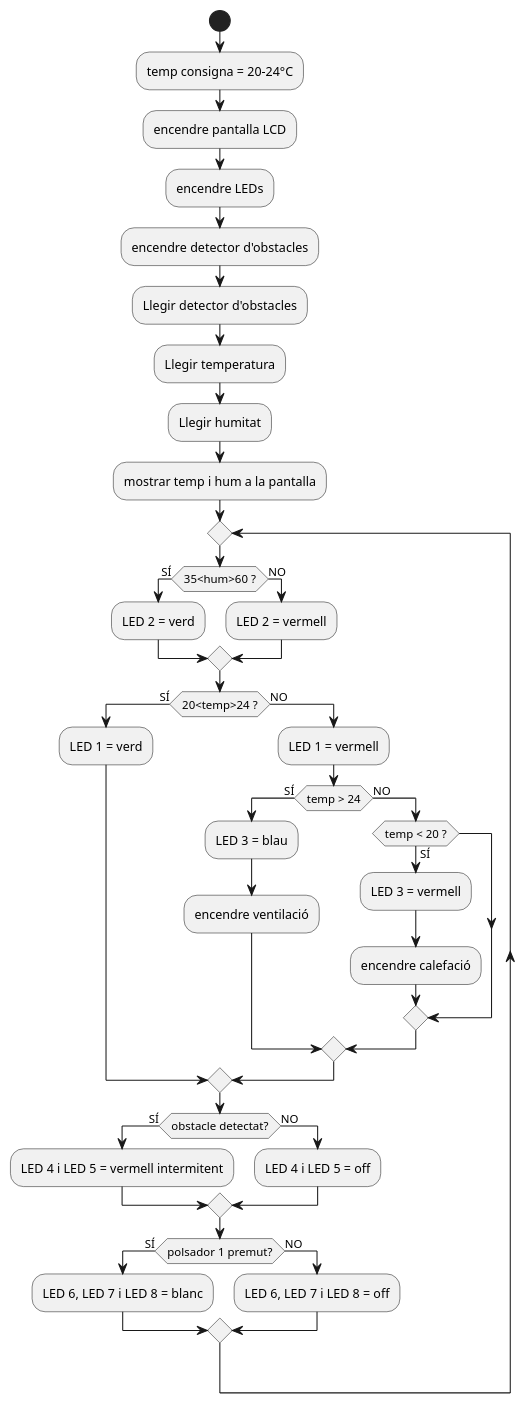
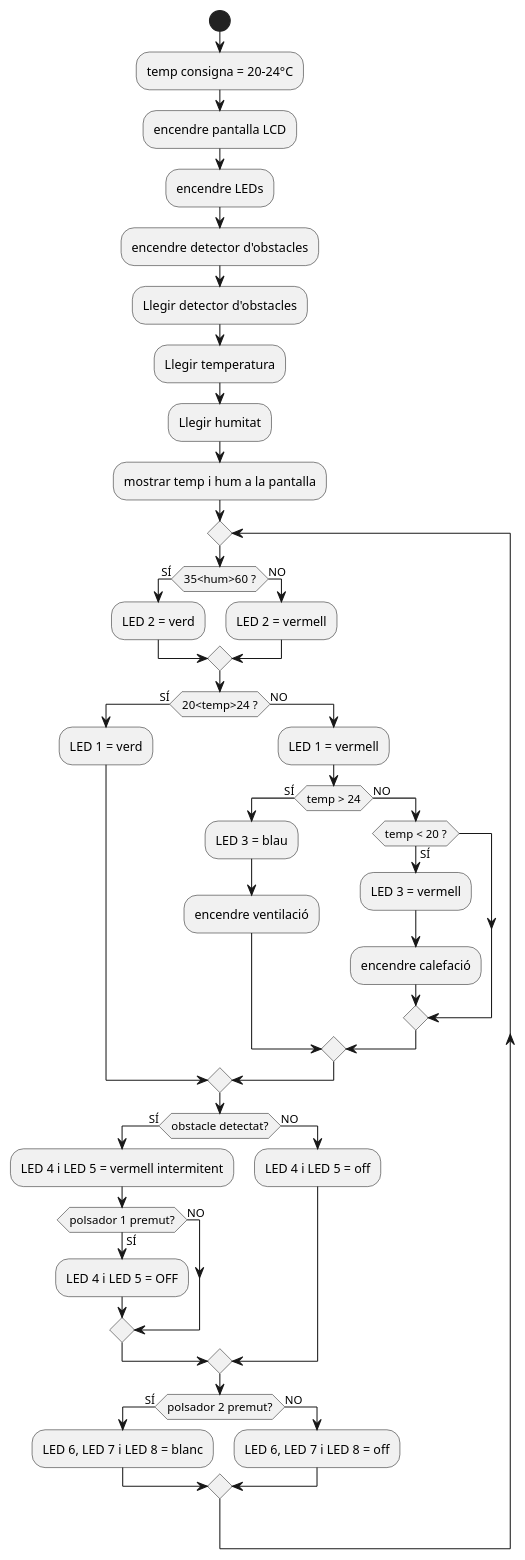
One commit to alex-touza/casa-domotica changed the diagram in diagrams/flux.puml. Above: the diagram before and after it, drawn with PlantUML.

```diff
--- a/diagrams/flux.puml
+++ b/diagrams/flux.puml
@@ -1,50 +1,55 @@
 @startuml
 Start;
 :temp consigna = 20-24°C;
 :encendre pantalla LCD;
 :encendre LEDs;
 :encendre detector d'obstacles;
 :Llegir detector d'obstacles;
 :Llegir temperatura;
 :Llegir humitat;
 :mostrar temp i hum a la pantalla;
 repeat
 if (35<hum>60 ?) then (SÍ)
  ->
  :LED 2 = verd;
  else (NO)
  ->
  :LED 2 = vermell;
 endif
 if (20<temp>24 ?) then (SÍ)
  ->
  :LED 1 = verd;
  else (NO)
  -> 
  :LED 1 = vermell;
 if (temp > 24) then (SÍ)
   ->
   :LED 3 = blau;
   :encendre ventilació;
   else (NO)
    if (temp < 20 ?) then (SÍ)
    -> 
    :LED 3 = vermell;
    :encendre calefació;
 endif
 endif
 endif
 if (obstacle detectat?) then (SÍ)
  ->
  :LED 4 i LED 5 = vermell intermitent;
+ if (polsador 1 premut?) then (SÍ)
+  ->
+  :LED 4 i LED 5 = OFF;
+  else (NO)
+ endif
  else (NO)
  :LED 4 i LED 5 = off;
 endif
-if (polsador 1 premut?) then (SÍ)
+if (polsador 2 premut?) then (SÍ)
  -> 
  :LED 6, LED 7 i LED 8 = blanc;
  else (NO)
  :LED 6, LED 7 i LED 8 = off;
 endif
 
 @enduml
```
